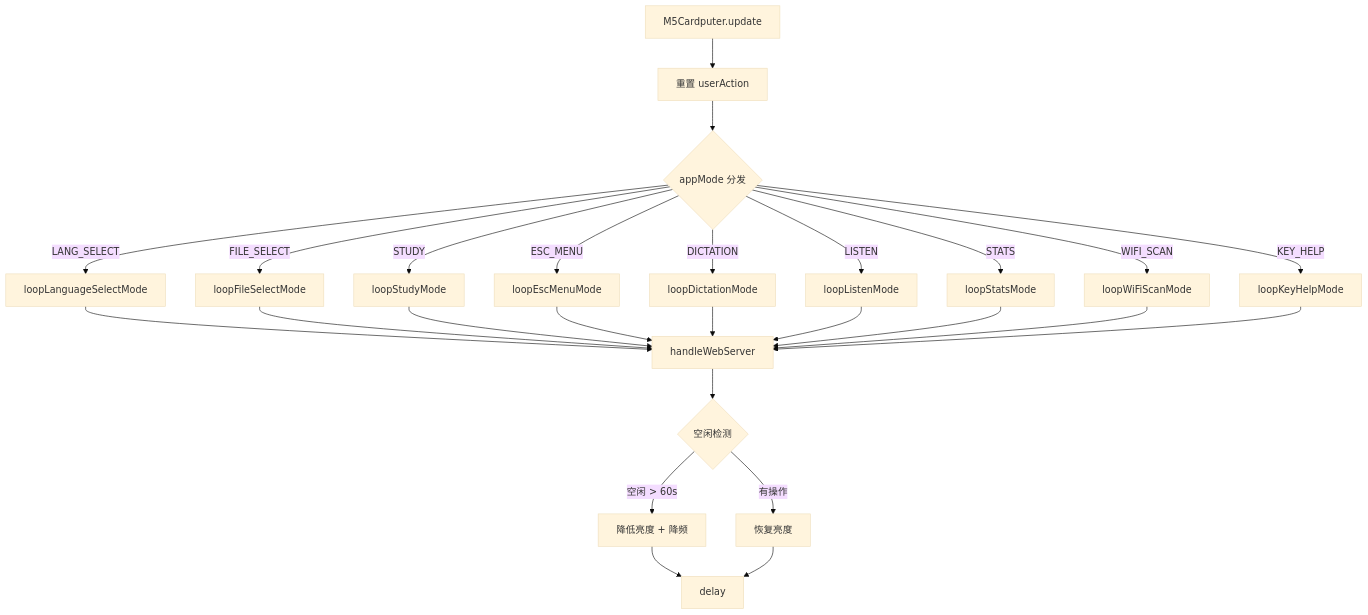
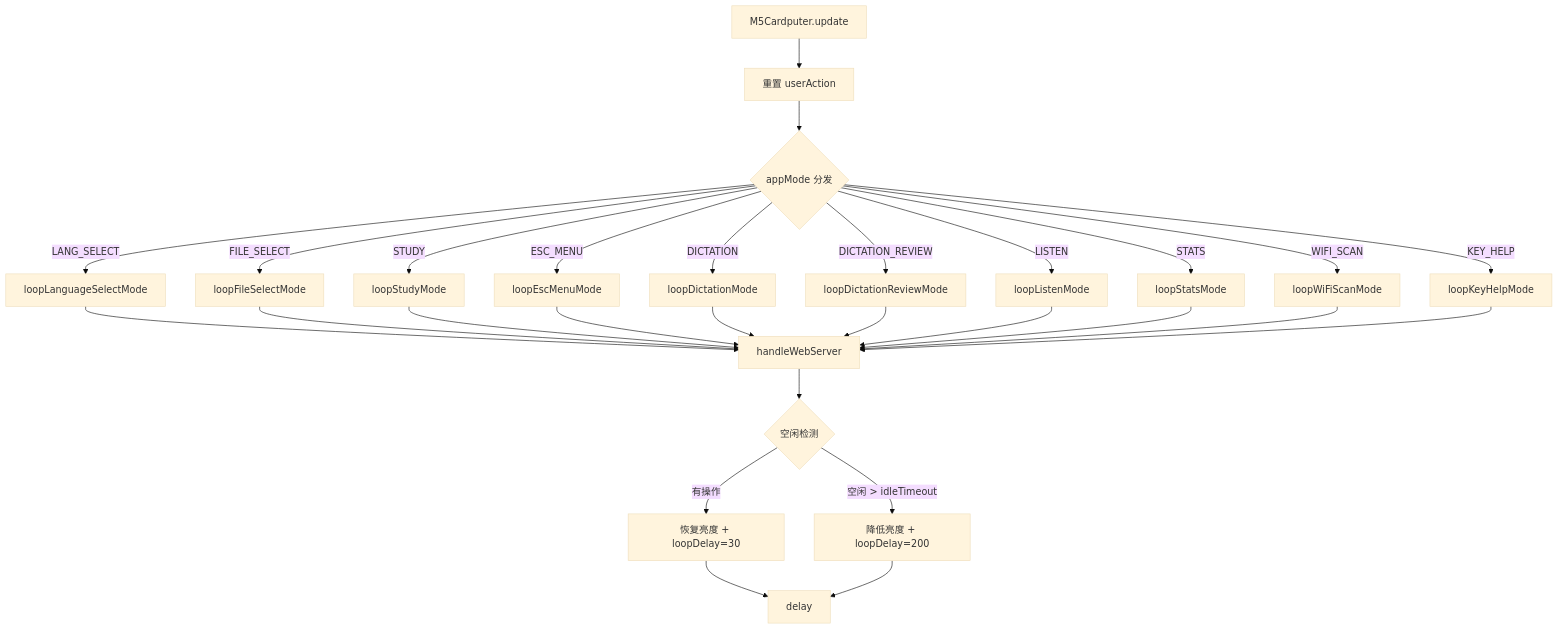
One commit to Mr-xiaotian/WordCardputer changed the second of 2 diagrams in docs/WordCardputer.md. Above: the diagram before and after it, drawn with Mermaid (base theme). The commit also changed other lines of this file and 13 other files, not shown here.

````diff
--- a/docs/WordCardputer.md
+++ b/docs/WordCardputer.md
@@ -42,20 +51,21 @@
 ```mermaid
 flowchart TD
     A[M5Cardputer.update] --> B[重置 userAction]
     B --> C{appMode 分发}
     C -->|LANG_SELECT| D[loopLanguageSelectMode]
     C -->|FILE_SELECT| E[loopFileSelectMode]
     C -->|STUDY| F[loopStudyMode]
     C -->|ESC_MENU| G[loopEscMenuMode]
     C -->|DICTATION| H[loopDictationMode]
-    C -->|LISTEN| I[loopListenMode]
-    C -->|STATS| J[loopStatsMode]
-    C -->|WIFI_SCAN| K[loopWiFiScanMode]
-    C -->|KEY_HELP| L[loopKeyHelpMode]
-    D & E & F & G & H & I & J & K & L --> M[handleWebServer]
-    M --> N{空闲检测}
-    N -->|有操作| O[恢复亮度]
-    N -->|空闲 > 60s| P[降低亮度 + 降频]
-    P --> Q[delay]
-    O --> Q
+    C -->|DICTATION_REVIEW| I[loopDictationReviewMode]
+    C -->|LISTEN| J[loopListenMode]
+    C -->|STATS| K[loopStatsMode]
+    C -->|WIFI_SCAN| L[loopWiFiScanMode]
+    C -->|KEY_HELP| M[loopKeyHelpMode]
+    D & E & F & G & H & I & J & K & L & M --> N[handleWebServer]
+    N --> O{空闲检测}
+    O -->|有操作| P[恢复亮度 + loopDelay=30]
+    O -->|空闲 > idleTimeout| Q[降低亮度 + loopDelay=200]
+    P --> R[delay]
+    Q --> R
 ```
````
